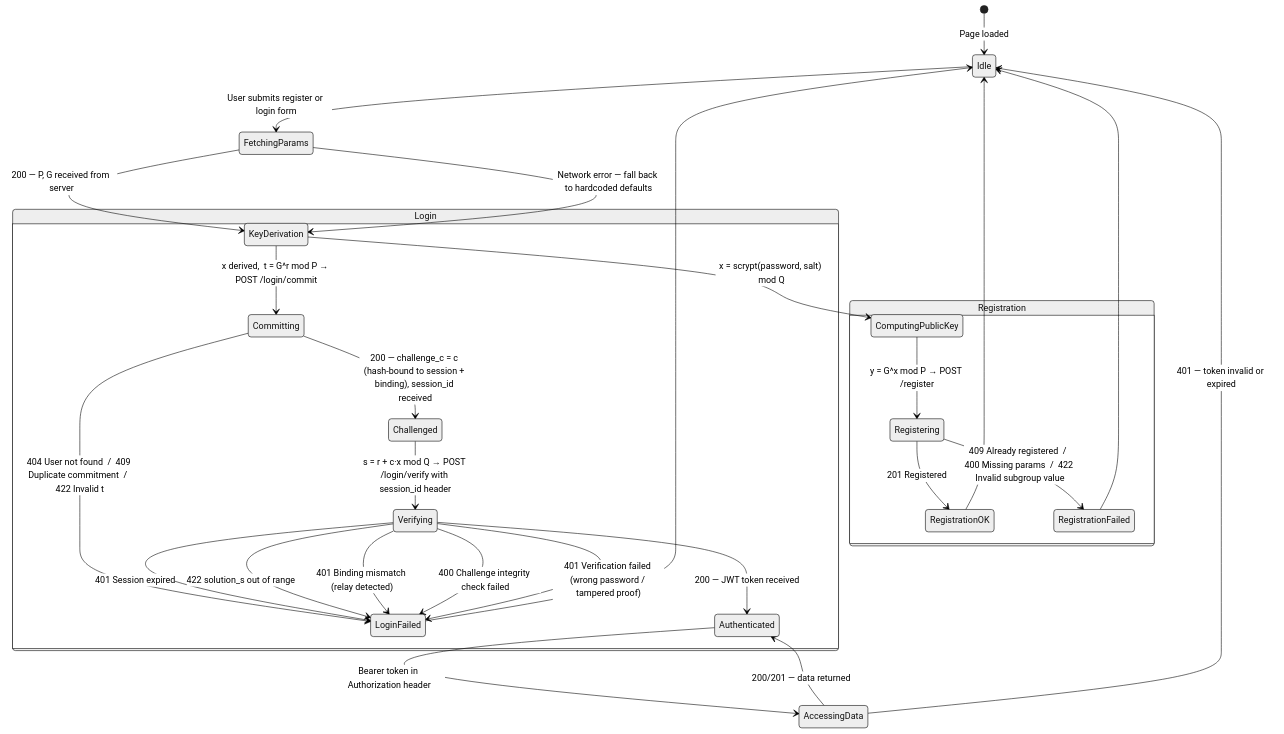
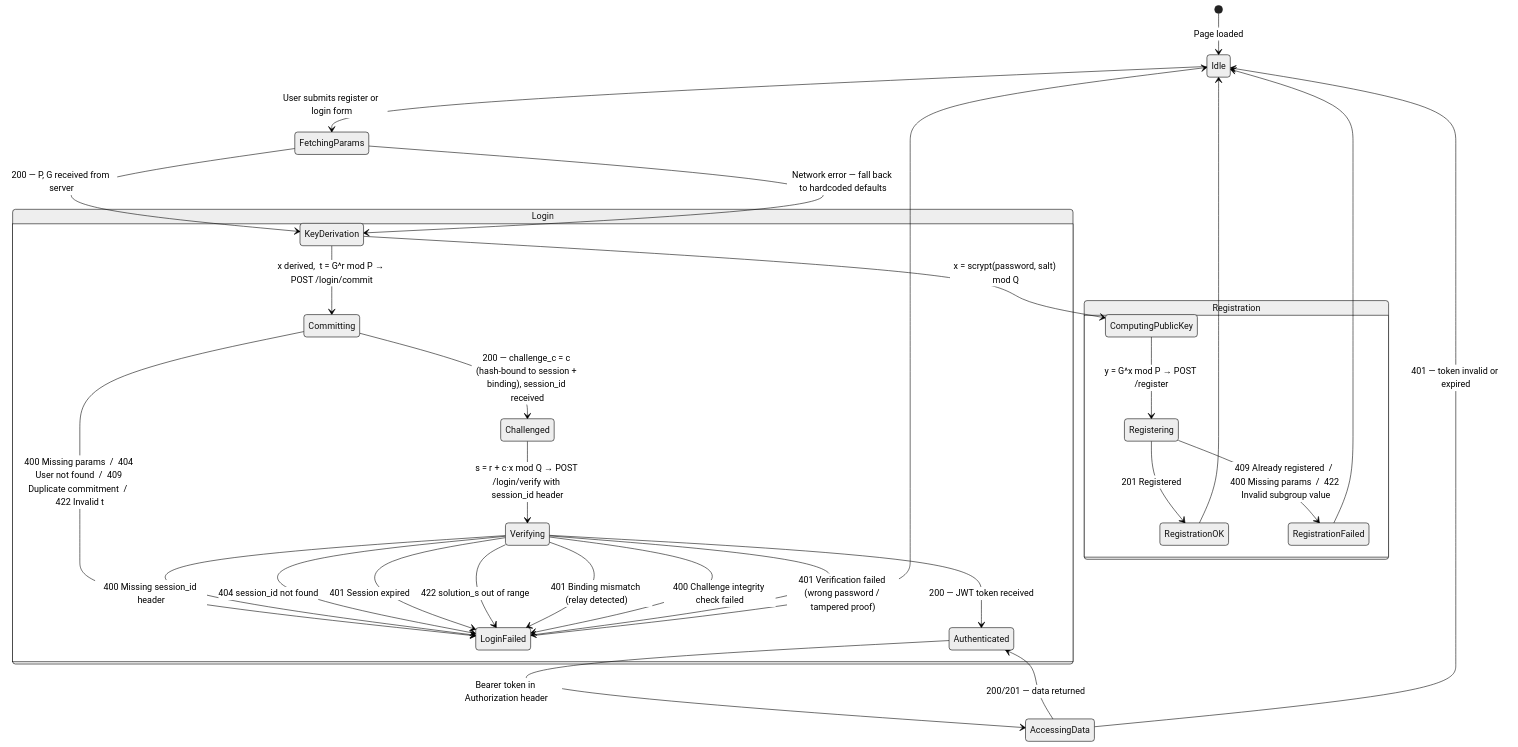
The diagram in diagrams/diagram_auth_state_machine.mmd (matei-rares-a/acas), drawn with Mermaid (neutral theme) before and after one commit. The commit also changed 26 other files, not shown here.

First line of the commit message:
Update Schnorr ZKP diagrams, calculations, QA

```diff
--- a/diagrams/diagram_auth_state_machine.mmd
+++ b/diagrams/diagram_auth_state_machine.mmd
@@ -1,35 +1,37 @@
 stateDiagram-v2
     [*] --> Idle : Page loaded
 
     Idle --> FetchingParams : User submits register or login form
 
     FetchingParams --> KeyDerivation : 200 — P, G received from server
     FetchingParams --> KeyDerivation : Network error — fall back to hardcoded defaults
 
     state Registration {
         KeyDerivation --> ComputingPublicKey : x = scrypt(password, salt) mod Q
         ComputingPublicKey --> Registering   : y = G^x mod P → POST /register
         Registering --> RegistrationOK       : 201 Registered
         Registering --> RegistrationFailed   : 409 Already registered  /  400 Missing params  /  422 Invalid subgroup value
     }
 
     state Login {
         KeyDerivation --> Committing : x derived,  t = G^r mod P → POST /login/commit
         Committing --> Challenged    : 200 — challenge_c = c (hash-bound to session + binding), session_id received
-        Committing --> LoginFailed   : 404 User not found  /  409 Duplicate commitment  /  422 Invalid t
+        Committing --> LoginFailed   : 400 Missing params  /  404 User not found  /  409 Duplicate commitment  /  422 Invalid t
         Challenged --> Verifying     : s = r + c·x mod Q → POST /login/verify with session_id header
         Verifying --> Authenticated  : 200 — JWT token received
+        Verifying --> LoginFailed    : 400 Missing session_id header
+        Verifying --> LoginFailed    : 404 session_id not found
         Verifying --> LoginFailed    : 401 Session expired
         Verifying --> LoginFailed    : 422 solution_s out of range
         Verifying --> LoginFailed    : 401 Binding mismatch (relay detected)
         Verifying --> LoginFailed    : 400 Challenge integrity check failed
         Verifying --> LoginFailed    : 401 Verification failed (wrong password / tampered proof)
     }
 
     RegistrationOK   --> Idle
     RegistrationFailed --> Idle
     LoginFailed      --> Idle
 
     Authenticated --> AccessingData  : Bearer token in Authorization header
     AccessingData --> Authenticated  : 200/201 — data returned
     AccessingData --> Idle           : 401 — token invalid or expired
```
